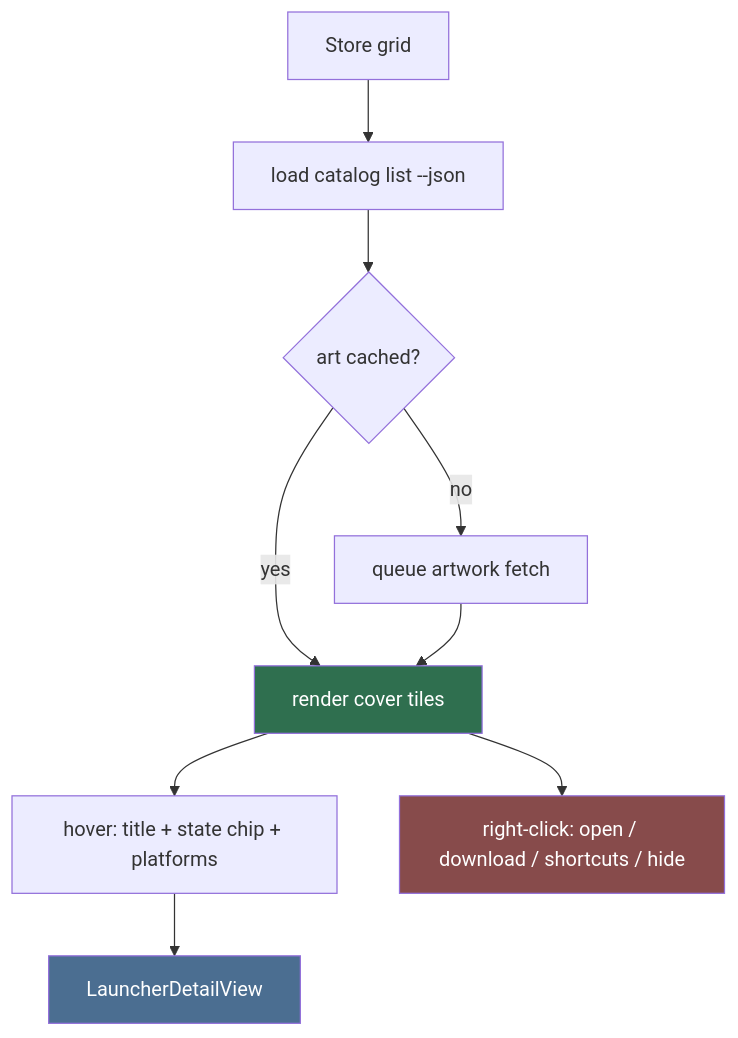
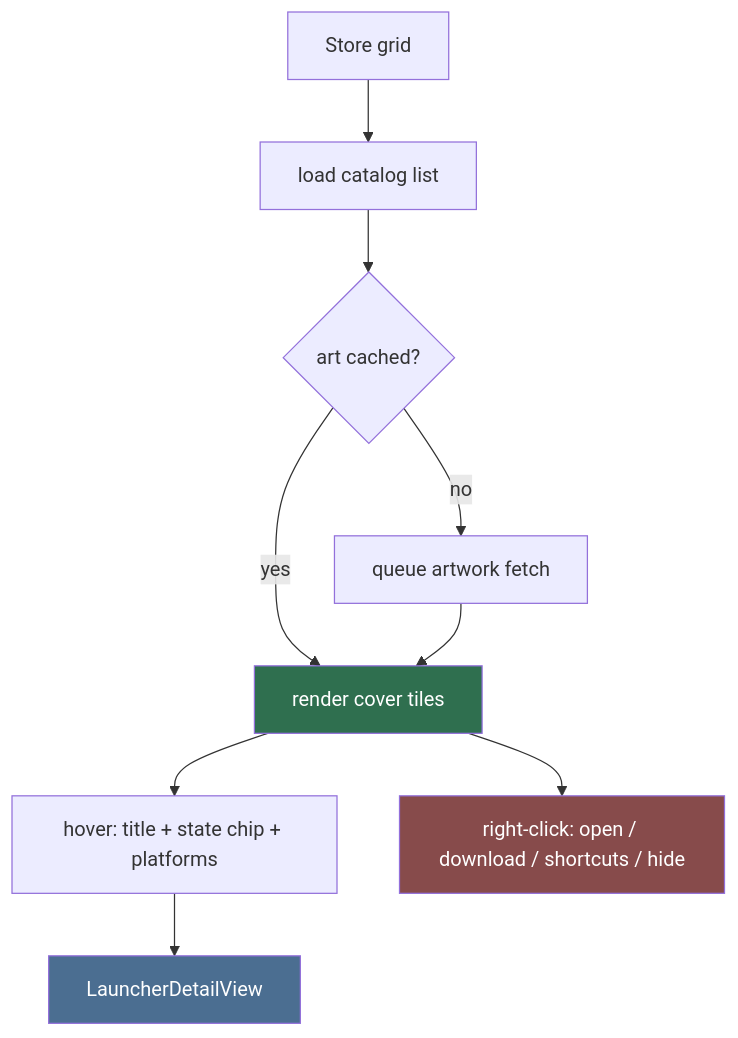
One commit to HELIX-Origin/LewdZone-Launcher changed the second of 4 diagrams in .agents/agents/gui/view-designer/view-designer.md. Above: the diagram before and after it, drawn with Mermaid. The commit also changed other lines of this file and 217 other files, not shown here.

````diff
--- a/.agents/agents/gui/view-designer/view-designer.md
+++ b/.agents/agents/gui/view-designer/view-designer.md
@@ -73,15 +100,15 @@
 ```mermaid
 flowchart TD
-    L[Store grid] --> A[load catalog list --json]
+    L[Store grid] --> A[load catalog list]
     A --> R{art cached?}
     R -- yes --> C[render cover tiles]
     R -- no --> F[queue artwork fetch]
     F --> C
     C --> H["hover: title + state chip + platforms"]
     C --> M["right-click: open / download / shortcuts / hide"]
     H --> D[LauncherDetailView]
 
     style C fill:#2f6f4f,color:#fff
     style D fill:#4b6e91,color:#fff
     style M fill:#874b4b,color:#fff
 ```
````
